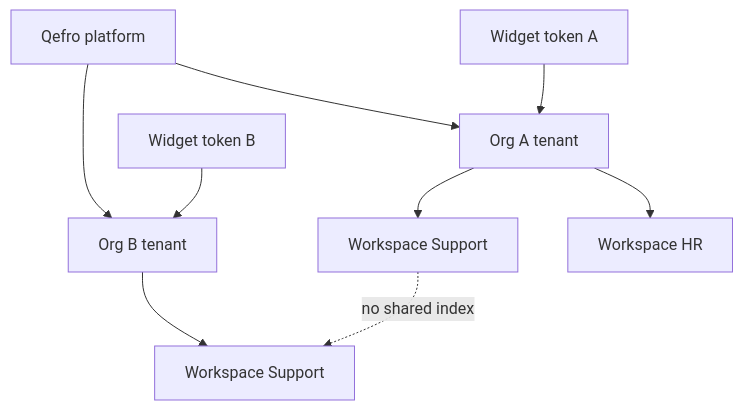
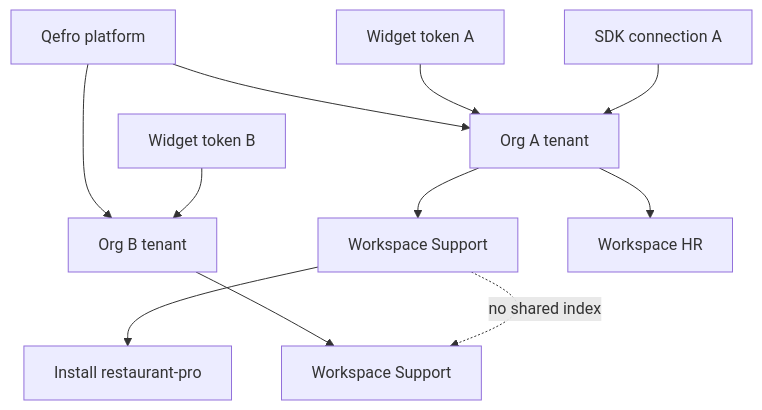
One commit to qefro-ai/qefro-documentation changed the diagram in docs/security/tenant-isolation.mdx. Above: the diagram before and after it, drawn with Mermaid. The commit also changed other lines of this file and 24 other files, not shown here.

````diff
--- a/docs/security/tenant-isolation.mdx
+++ b/docs/security/tenant-isolation.mdx
@@ -34,12 +35,14 @@
 ```mermaid
 flowchart TB
   Platform[Qefro platform]
   Platform --> OrgA[Org A tenant]
   Platform --> OrgB[Org B tenant]
   OrgA --> WSA1[Workspace Support]
   OrgA --> WSA2[Workspace HR]
   OrgB --> WSB1[Workspace Support]
+  WSA1 --> InstA[Install restaurant-pro]
   WSA1 -.->|no shared index| WSB1
   WidgetA[Widget token A] --> OrgA
   WidgetB[Widget token B] --> OrgB
+  ConnA[SDK connection A] --> OrgA
 ```
````
